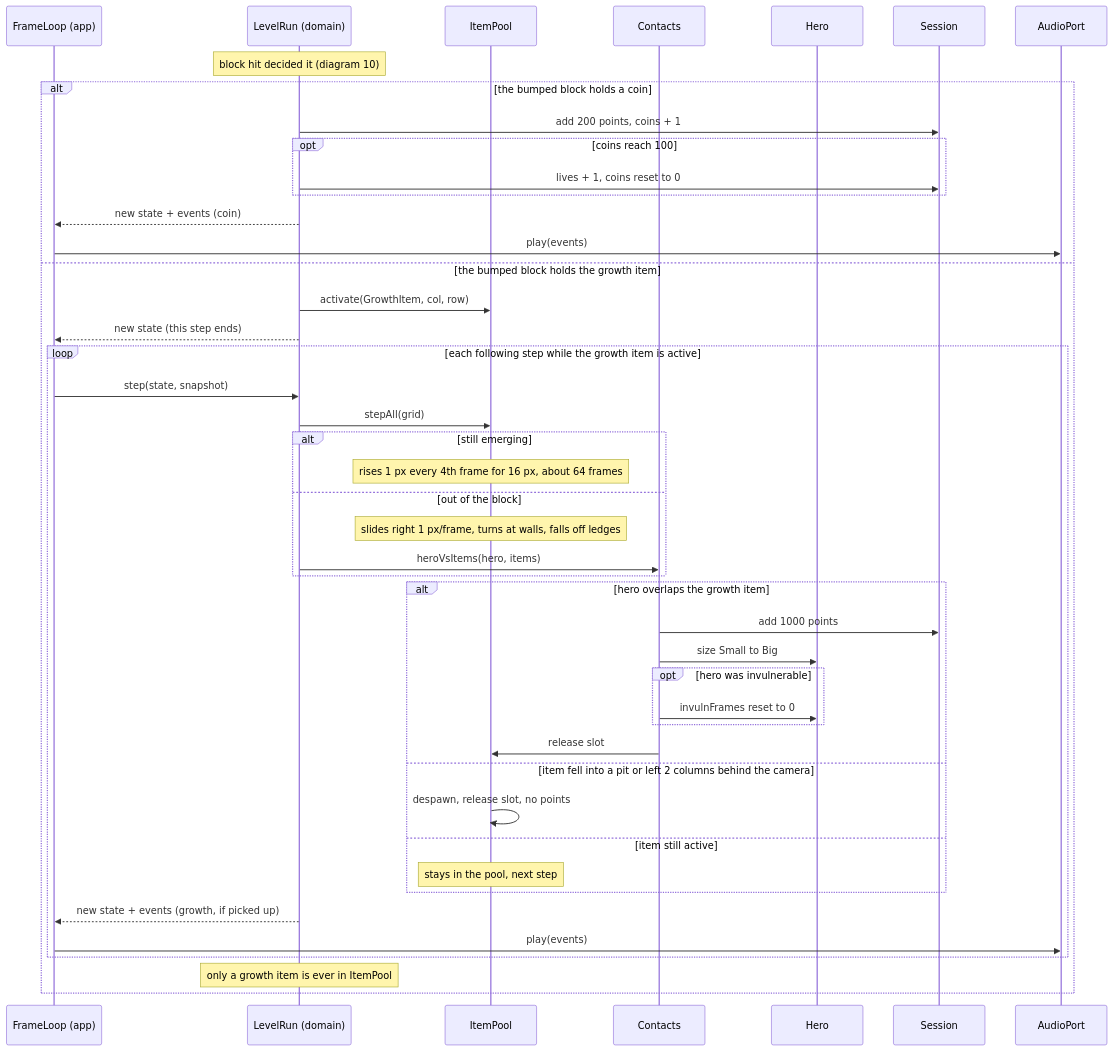
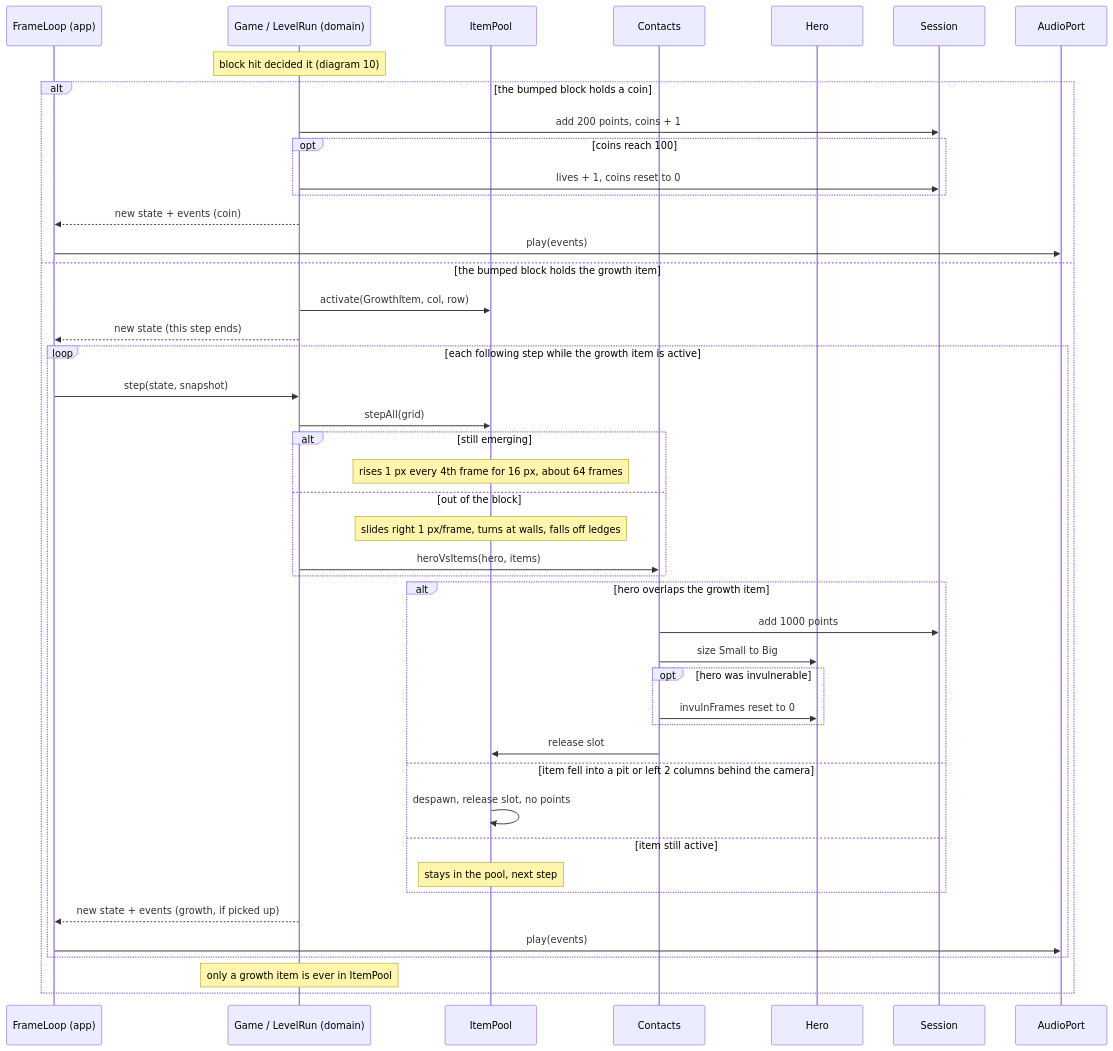
Before and after one commit to benoit-bremaud/retro-plumber: the diagram in docs/architecture/diagrams/gameplay/11-sequence-item-pickup.md, drawn with Mermaid. The commit also changed other lines of this file and 2 other files, not shown here.

Commit message:
docs(uml): align Game / LevelRun participant and resume steps in 10, 11, 14 (#7)

````diff
--- a/docs/architecture/diagrams/gameplay/11-sequence-item-pickup.md
+++ b/docs/architecture/diagrams/gameplay/11-sequence-item-pickup.md
@@ -13,47 +13,47 @@
 ```mermaid
 sequenceDiagram
     participant FL as FrameLoop (app)
-    participant LR as LevelRun (domain)
+    participant LR as Game / LevelRun (domain)
     participant IP as ItemPool
     participant Ct as Contacts
     participant H as Hero
     participant Sess as Session
     participant Snd as AudioPort
     Note over LR: block hit decided it (diagram 10)
     alt the bumped block holds a coin
         LR->>Sess: add 200 points, coins + 1
         opt coins reach 100
             LR->>Sess: lives + 1, coins reset to 0
         end
         LR-->>FL: new state + events (coin)
         FL->>Snd: play(events)
     else the bumped block holds the growth item
         LR->>IP: activate(GrowthItem, col, row)
         LR-->>FL: new state (this step ends)
         loop each following step while the growth item is active
             FL->>LR: step(state, snapshot)
             LR->>IP: stepAll(grid)
             alt still emerging
                 Note over IP: rises 1 px every 4th frame for 16 px, about 64 frames
             else out of the block
                 Note over IP: slides right 1 px/frame, turns at walls, falls off ledges
                 LR->>Ct: heroVsItems(hero, items)
             end
             alt hero overlaps the growth item
                 Ct->>Sess: add 1000 points
                 Ct->>H: size Small to Big
                 opt hero was invulnerable
                     Ct->>H: invulnFrames reset to 0
                 end
                 Ct->>IP: release slot
             else item fell into a pit or left 2 columns behind the camera
                 IP->>IP: despawn, release slot, no points
             else item still active
                 Note over IP: stays in the pool, next step
             end
             LR-->>FL: new state + events (growth, if picked up)
             FL->>Snd: play(events)
         end
         Note over LR: only a growth item is ever in ItemPool
     end
 ```
````
